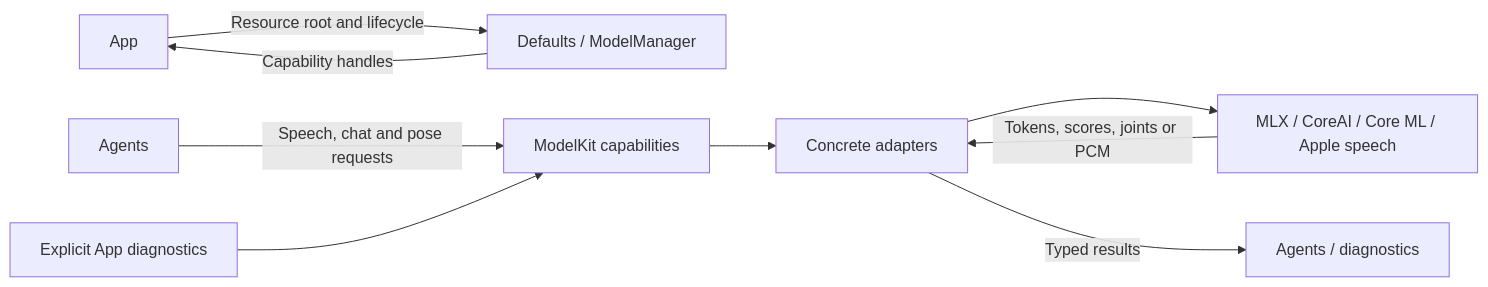
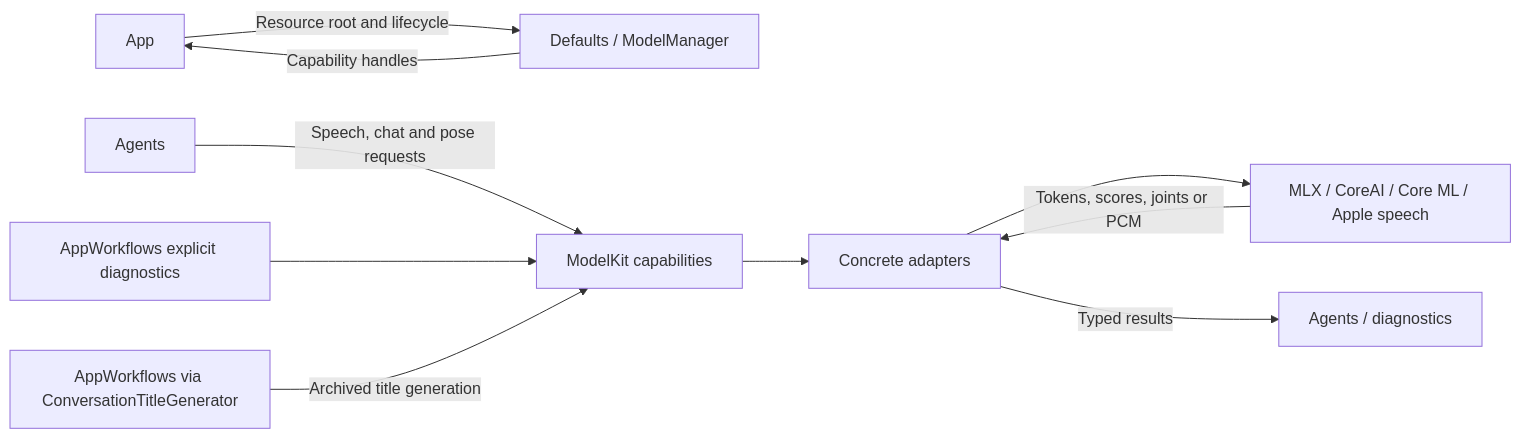
The first of 3 diagrams in MobileHarness/ModelKit/README.md (devilyouwei/MobileHarness), drawn with Mermaid before and after one commit. The commit also changed other lines of this file and 131 other files, not shown here.

````diff
--- a/MobileHarness/ModelKit/README.md
+++ b/MobileHarness/ModelKit/README.md
@@ -31,11 +31,12 @@
 ```mermaid
 flowchart LR
     App -->|Resource root and lifecycle| Assembly[Defaults / ModelManager]
     Assembly -->|Capability handles| App
     Agents -->|Speech, chat and pose requests| Capabilities[ModelKit capabilities]
-    Diagnostics[Explicit App diagnostics] --> Capabilities
+    Diagnostics[AppWorkflows explicit diagnostics] --> Capabilities
+    Titles[AppWorkflows via ConversationTitleGenerator] -->|Archived title generation| Capabilities
     Capabilities --> Adapters[Concrete adapters]
     Adapters --> Engines[MLX / CoreAI / Core ML / Apple speech]
     Engines -->|Tokens, scores, joints or PCM| Adapters
     Adapters -->|Typed results| Consumers[Agents / diagnostics]
 ```
````
